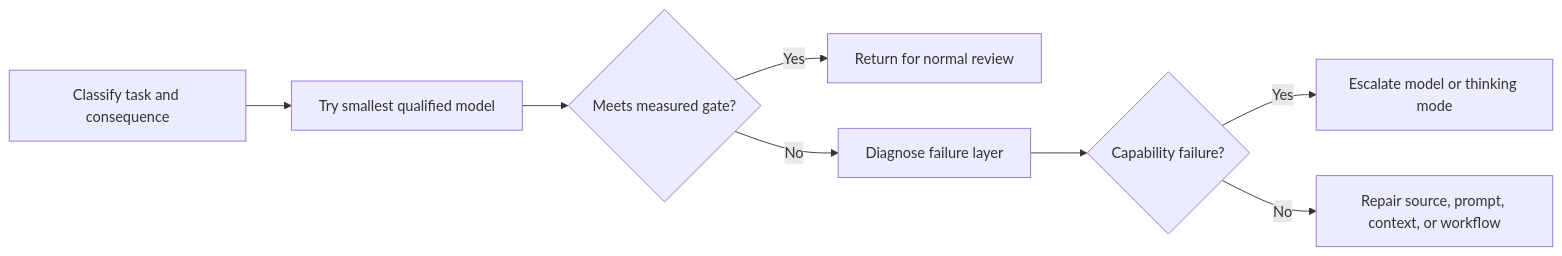
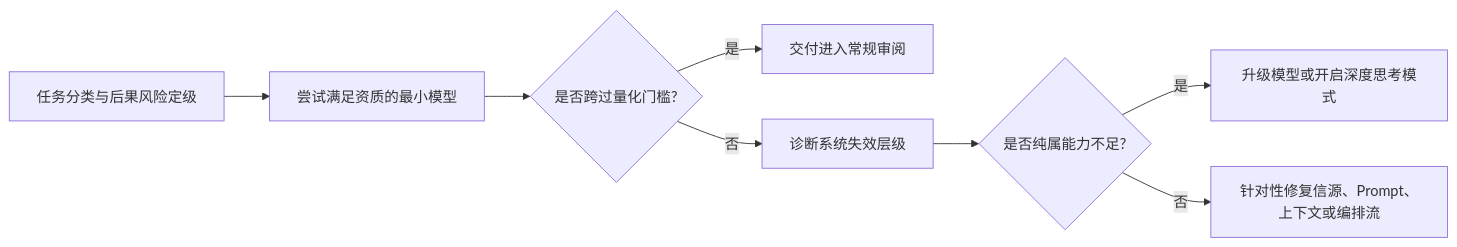
One commit to cluster1900/ai-engineering-from-scratch-zh changed the diagram in certifications/claude/lessons/02-model-selection-and-token-economics/docs/en.md. Above: the diagram before and after it, drawn with Mermaid. The commit also changed other lines of this file and 187 other files, not shown here.

````diff
--- a/certifications/claude/lessons/02-model-selection-and-token-economics/docs/en.md
+++ b/certifications/claude/lessons/02-model-selection-and-token-economics/docs/en.md
@@ -135,10 +132,10 @@
 ```mermaid
 flowchart LR
-    A["Classify task and consequence"] --> B["Try smallest qualified model"]
-    B --> C{"Meets measured gate?"}
-    C -->|"Yes"| D["Return for normal review"]
-    C -->|"No"| E["Diagnose failure layer"]
-    E --> F{"Capability failure?"}
-    F -->|"Yes"| G["Escalate model or thinking mode"]
-    F -->|"No"| H["Repair source, prompt, context, or workflow"]
+    A["任务分类与后果风险定级"] --> B["尝试满足资质的最小模型"]
+    B --> C{"是否跨过量化门槛?"}
+    C -->|"是"| D["交付进入常规审阅"]
+    C -->|"否"| E["诊断系统失效层级"]
+    E --> F{"是否纯属能力不足?"}
+    F -->|"是"| G["升级模型或开启深度思考模式"]
+    F -->|"否"| H["针对性修复信源、Prompt、上下文或编排流"]
 ```
````
